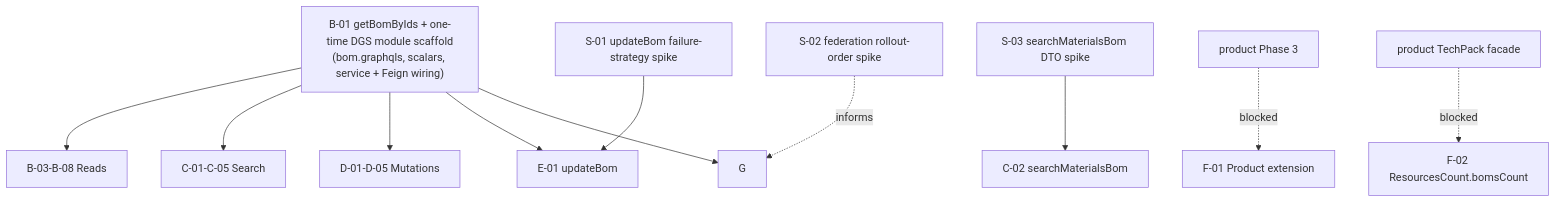
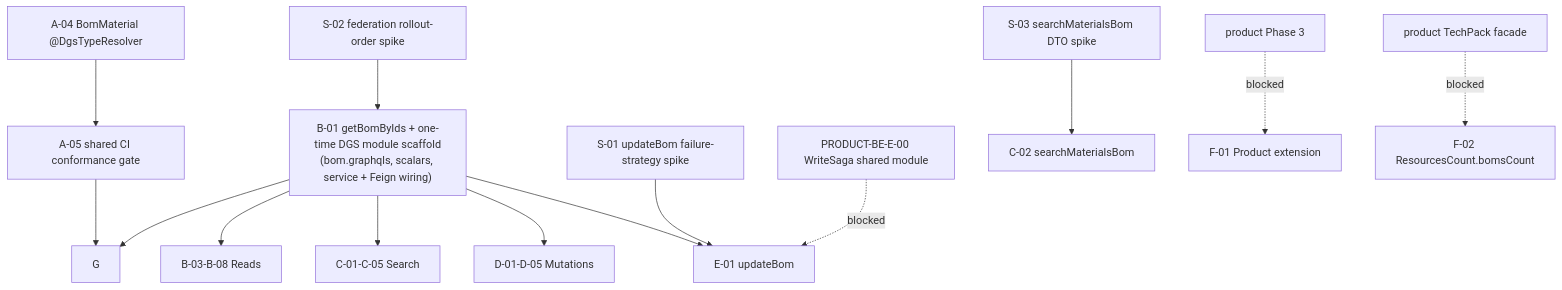
One commit to SarithaMathai/migration changed the diagram in output/analysis/bom/be-04-stories.md. Above: the diagram before and after it, drawn with Mermaid. The commit also changed other lines of this file and 20 other files, not shown here.

````diff
--- a/output/analysis/bom/be-04-stories.md
+++ b/output/analysis/bom/be-04-stories.md
@@ -50,10 +51,13 @@
 ```mermaid
 graph TD
+  A04[A-04 BomMaterial @DgsTypeResolver] --> A05[A-05 shared CI conformance gate]
+  A05 --> G
+  S02[S-02 federation rollout-order spike] --> B01
   B01["B-01 getBomByIds + one-time DGS module scaffold\n(bom.graphqls, scalars, service + Feign wiring)"] --> B[B-03-B-08 Reads] & C[C-01-C-05 Search] & D[D-01-D-05 Mutations] & E01[E-01 updateBom]
   S01[S-01 updateBom failure-strategy spike] --> E01
-  S02[S-02 federation rollout-order spike] -.informs.-> G
+  E00[PRODUCT-BE-E-00 WriteSaga shared module] -.blocked.-> E01
   S03[S-03 searchMaterialsBom DTO spike] --> C02[C-02 searchMaterialsBom]
   B01 --> G
   PROD[product Phase 3] -.blocked.-> F01[F-01 Product extension]
   PRODF[product TechPack facade] -.blocked.-> F02[F-02 ResourcesCount.bomsCount]
 ```
````
